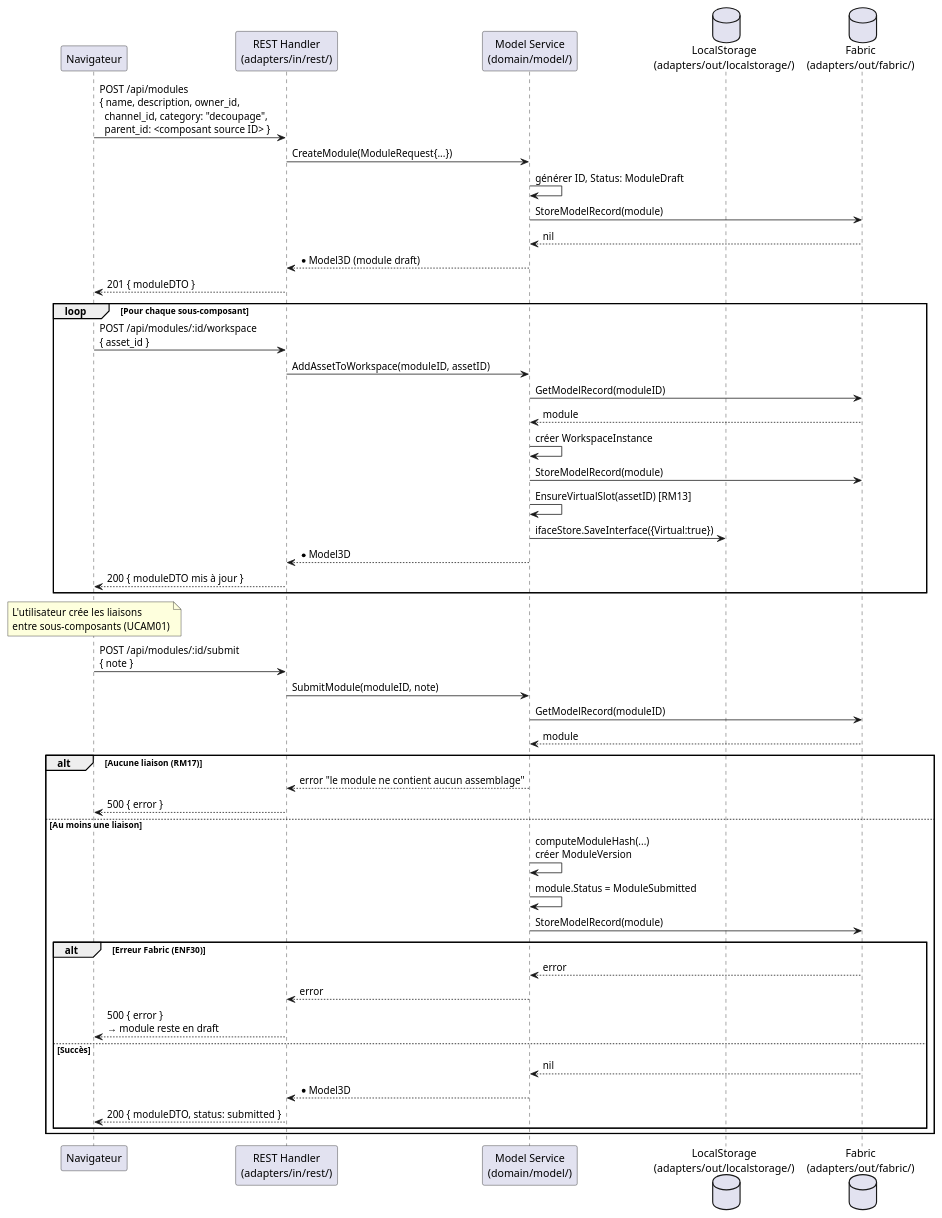
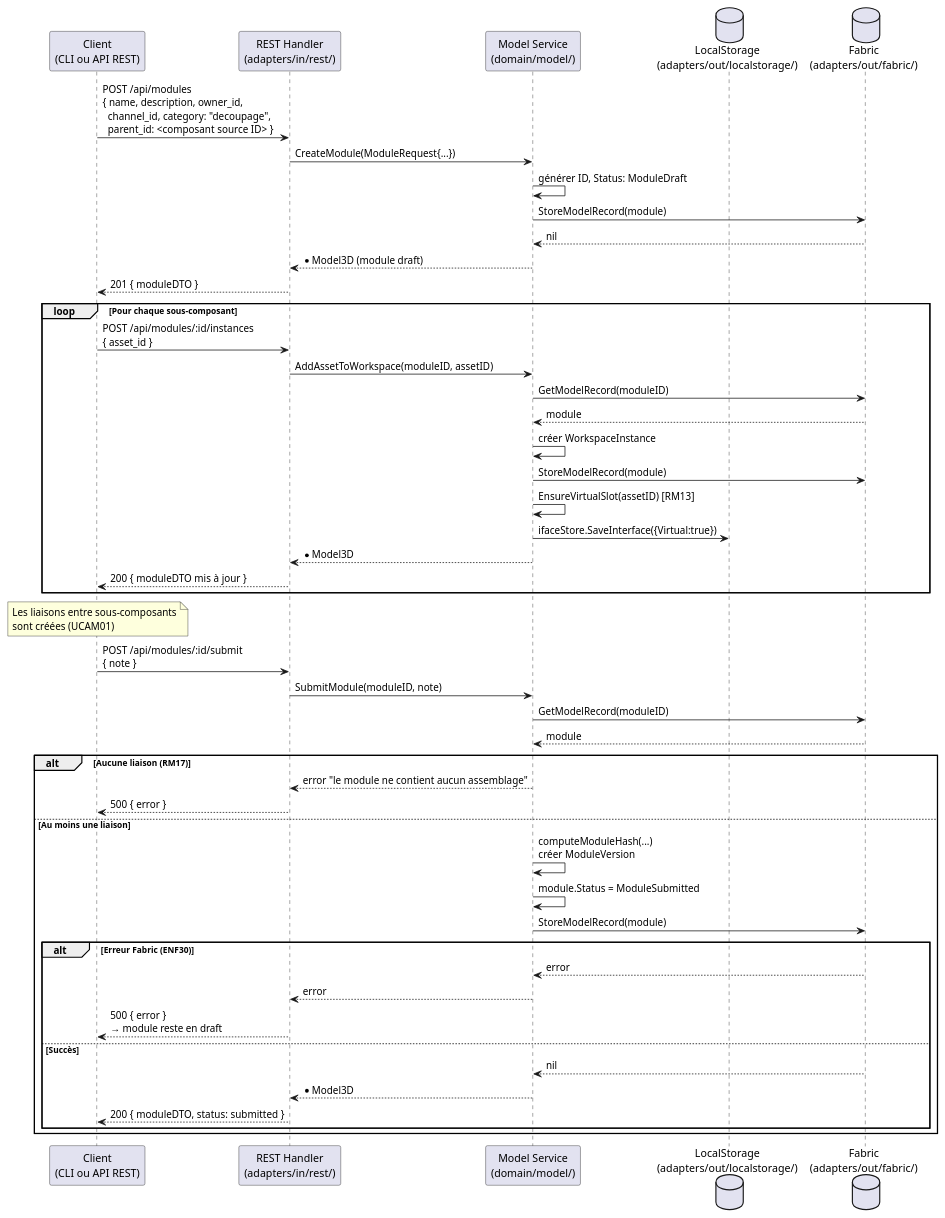
Before and after one commit to olivaux/myr: the second of 2 diagrams in specs/2-Analyse/UCAM-Atelier_Module/UCAM05.md, drawn with PlantUML. The commit also changed other lines of this file and 72 other files, not shown here.

````diff
--- a/specs/2-Analyse/UCAM-Atelier_Module/UCAM05.md
+++ b/specs/2-Analyse/UCAM-Atelier_Module/UCAM05.md
@@ -111,63 +108,63 @@
 ```plantuml
 @startuml
-participant "Navigateur" as Browser
+participant "Client\n(CLI ou API REST)" as Client
 participant "REST Handler\n(adapters/in/rest/)" as REST
 participant "Model Service\n(domain/model/)" as Service
 database "LocalStorage\n(adapters/out/localstorage/)" as Local
 database "Fabric\n(adapters/out/fabric/)" as Fabric
 
-Browser -> REST : POST /api/modules\n{ name, description, owner_id,\n  channel_id, category: "decoupage",\n  parent_id: <composant source ID> }
+Client -> REST : POST /api/modules\n{ name, description, owner_id,\n  channel_id, category: "decoupage",\n  parent_id: <composant source ID> }
 
 REST -> Service : CreateModule(ModuleRequest{...})
 Service -> Service : générer ID, Status: ModuleDraft
 Service -> Fabric : StoreModelRecord(module)
 Fabric --> Service : nil
 Service --> REST : *Model3D (module draft)
-REST --> Browser : 201 { moduleDTO }
+REST --> Client : 201 { moduleDTO }
 
 loop Pour chaque sous-composant
 
-    Browser -> REST : POST /api/modules/:id/workspace\n{ asset_id }
+    Client -> REST : POST /api/modules/:id/instances\n{ asset_id }
 
     REST -> Service : AddAssetToWorkspace(moduleID, assetID)
     Service -> Fabric : GetModelRecord(moduleID)
     Fabric --> Service : module
     Service -> Service : créer WorkspaceInstance
     Service -> Fabric : StoreModelRecord(module)
     Service -> Service : EnsureVirtualSlot(assetID) [RM13]
     Service -> Local : ifaceStore.SaveInterface({Virtual:true})
     Service --> REST : *Model3D
-    REST --> Browser : 200 { moduleDTO mis à jour }
+    REST --> Client : 200 { moduleDTO mis à jour }
 
 end
 
-note over Browser : L'utilisateur crée les liaisons\nentre sous-composants (UCAM01)
+note over Client : Les liaisons entre sous-composants\nsont créées (UCAM01)
 
-Browser -> REST : POST /api/modules/:id/submit\n{ note }
+Client -> REST : POST /api/modules/:id/submit\n{ note }
 
 REST -> Service : SubmitModule(moduleID, note)
 
 Service -> Fabric : GetModelRecord(moduleID)
 Fabric --> Service : module
 
 alt Aucune liaison (RM17)
     Service --> REST : error "le module ne contient aucun assemblage"
-    REST --> Browser : 500 { error }
+    REST --> Client : 500 { error }
 else Au moins une liaison
     Service -> Service : computeModuleHash(...)\ncréer ModuleVersion
     Service -> Service : module.Status = ModuleSubmitted
     Service -> Fabric : StoreModelRecord(module)
 
     alt Erreur Fabric (ENF30)
         Fabric --> Service : error
         Service --> REST : error
-        REST --> Browser : 500 { error }\n→ module reste en draft
+        REST --> Client : 500 { error }\n→ module reste en draft
     else Succès
         Fabric --> Service : nil
         Service --> REST : *Model3D
-        REST --> Browser : 200 { moduleDTO, status: submitted }
+        REST --> Client : 200 { moduleDTO, status: submitted }
     end
 end
 
 @enduml
 ```
````
